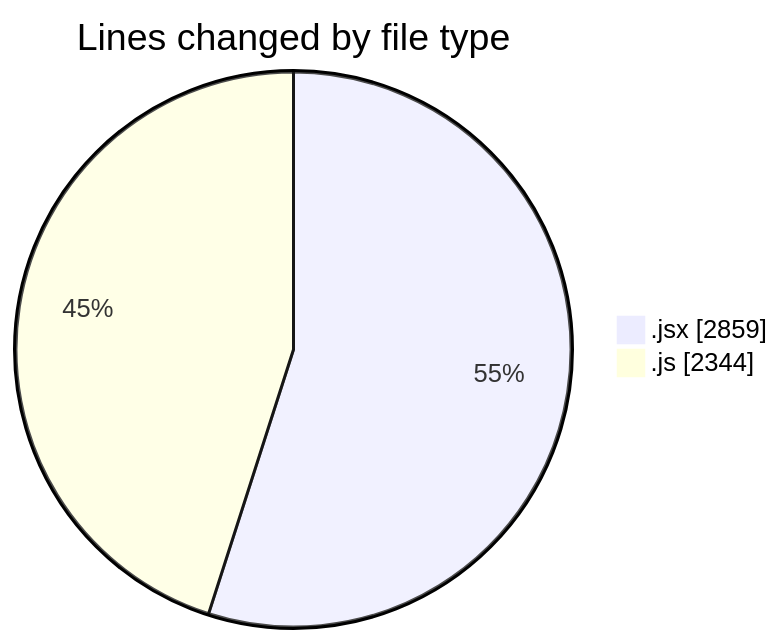
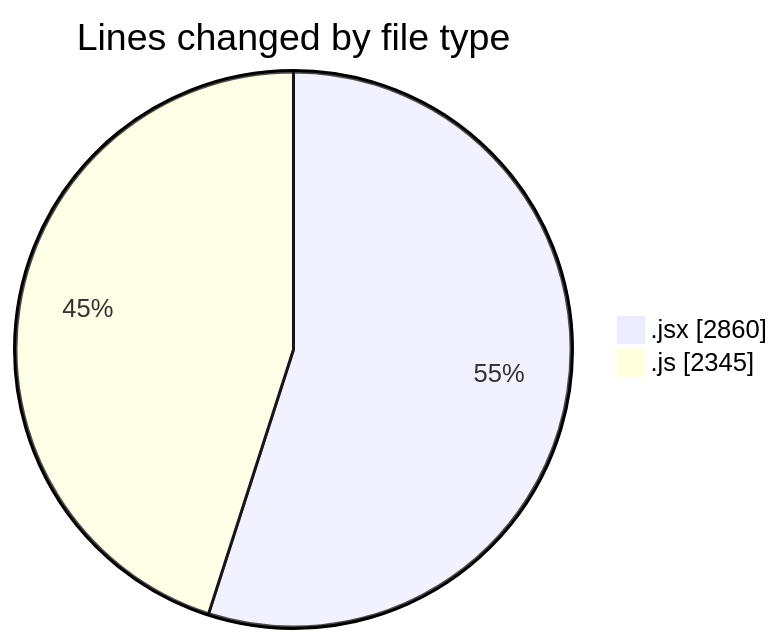
Before and after one commit to nxtqubesakshisongat/code-tracking: the first of 2 diagrams in 2026-01-08/nxtqube_webapp/README.md, drawn with Mermaid. The commit also changed other lines of this file and 1 other file, not shown here.

````diff
--- a/2026-01-08/nxtqube_webapp/README.md
+++ b/2026-01-08/nxtqube_webapp/README.md
@@ -23,6 +23,6 @@
 ```mermaid
 pie showData
 title Lines changed by file type
-".jsx" : 2859
-".js" : 2344
+".jsx" : 2860
+".js" : 2345
 ```
````
